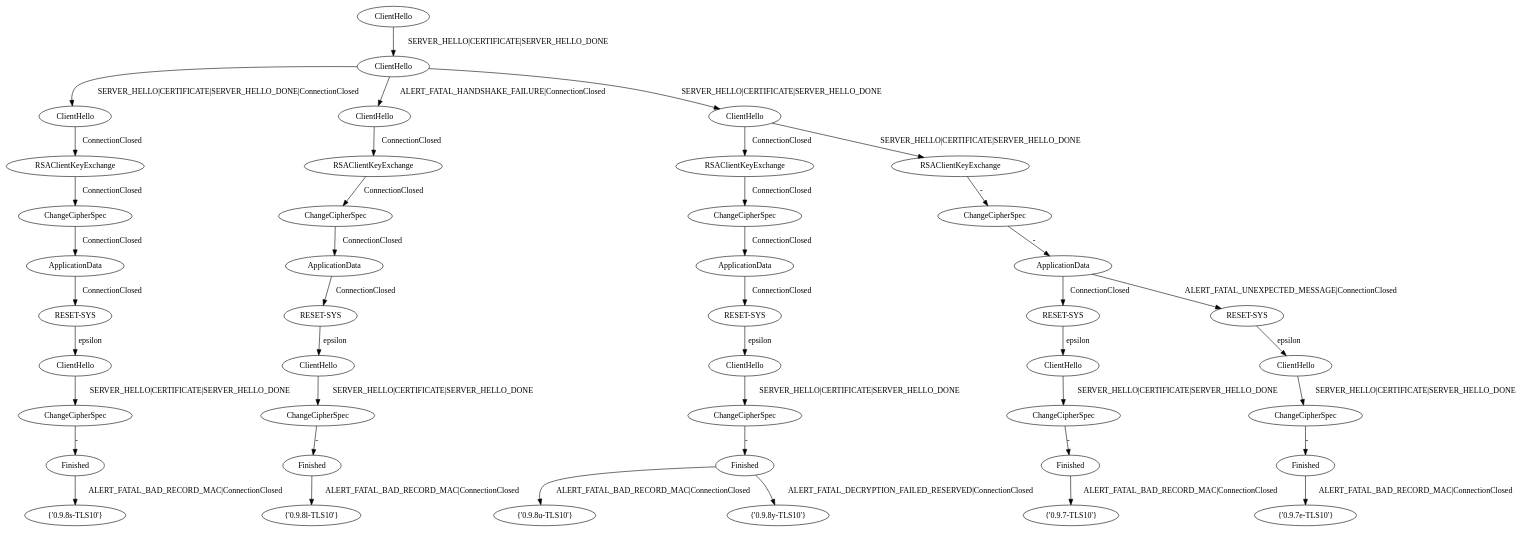
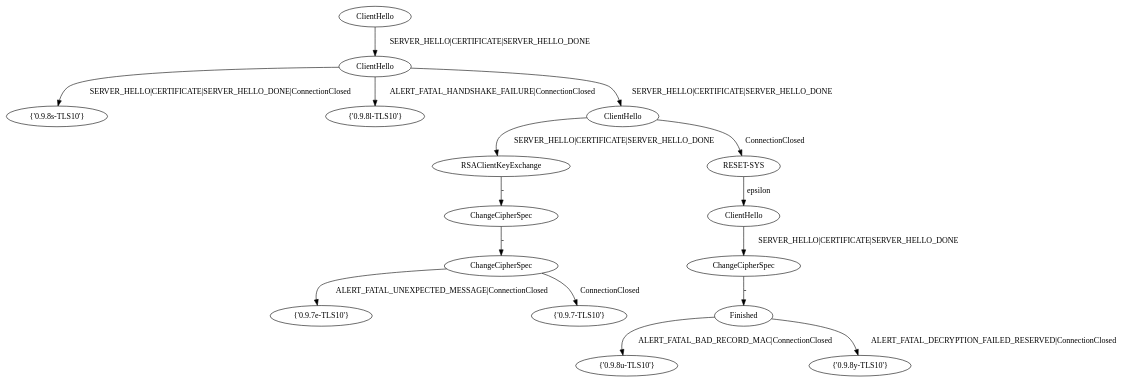
The diagram in family-fingerprinter/CDS.dot (GianniM123/FFSM_fingerprint), drawn with Graphviz before and after one commit. The commit also changed 9 other files, not shown here.

```diff
--- a/family-fingerprinter/CDS.dot
+++ b/family-fingerprinter/CDS.dot
@@ -1,130 +1,49 @@
 digraph "" {
 	node [label="\N"];
-	a	[label=ClientHello];
 	a0	[label=ClientHello];
-	a -> a0	[key=0,
-		label="SERVER_HELLO|CERTIFICATE|SERVER_HELLO_DONE"];
 	a1	[label=ClientHello];
 	a0 -> a1	[key=0,
+		label="SERVER_HELLO|CERTIFICATE|SERVER_HELLO_DONE"];
+	a2	[label="{'0.9.8s-TLS10'}"];
+	a1 -> a2	[key=0,
 		label="SERVER_HELLO|CERTIFICATE|SERVER_HELLO_DONE|ConnectionClosed"];
-	a10	[label=ClientHello];
-	a0 -> a10	[key=0,
+	a3	[label="{'0.9.8l-TLS10'}"];
+	a1 -> a3	[key=0,
 		label="ALERT_FATAL_HANDSHAKE_FAILURE|ConnectionClosed"];
-	a19	[label=ClientHello];
-	a0 -> a19	[key=0,
+	a11	[label=ClientHello];
+	a1 -> a11	[key=0,
 		label="SERVER_HELLO|CERTIFICATE|SERVER_HELLO_DONE"];
-	a2	[label=RSAClientKeyExchange];
-	a1 -> a2	[key=0,
+	a48	[label=RSAClientKeyExchange];
+	a11 -> a48	[key=0,
+		label="SERVER_HELLO|CERTIFICATE|SERVER_HELLO_DONE"];
+	a73	[label="RESET-SYS"];
+	a11 -> a73	[key=0,
 		label=ConnectionClosed];
-	a3	[label=ChangeCipherSpec];
-	a2 -> a3	[key=0,
+	a49	[label=ChangeCipherSpec];
+	a48 -> a49	[key=0,
+		label="-"];
+	a50	[label=ChangeCipherSpec];
+	a49 -> a50	[key=0,
+		label="-"];
+	a55	[label="{'0.9.7e-TLS10'}"];
+	a50 -> a55	[key=0,
+		label="ALERT_FATAL_UNEXPECTED_MESSAGE|ConnectionClosed"];
+	a56	[label="{'0.9.7-TLS10'}"];
+	a50 -> a56	[key=0,
 		label=ConnectionClosed];
-	a4	[label=ApplicationData];
-	a3 -> a4	[key=0,
-		label=ConnectionClosed];
-	a5	[label="RESET-SYS"];
-	a4 -> a5	[key=0,
-		label=ConnectionClosed];
-	a6	[label=ClientHello];
-	a5 -> a6	[key=0,
+	a74	[label=ClientHello];
+	a73 -> a74	[key=0,
 		label=epsilon];
-	a7	[label=ChangeCipherSpec];
-	a6 -> a7	[key=0,
+	a75	[label=ChangeCipherSpec];
+	a74 -> a75	[key=0,
 		label="SERVER_HELLO|CERTIFICATE|SERVER_HELLO_DONE"];
-	a8	[label=Finished];
-	a7 -> a8	[key=0,
+	a76	[label=Finished];
+	a75 -> a76	[key=0,
 		label="-"];
-	a9	[label="{'0.9.8s-TLS10'}"];
-	a8 -> a9	[key=0,
+	a77	[label="{'0.9.8u-TLS10'}"];
+	a76 -> a77	[key=0,
 		label="ALERT_FATAL_BAD_RECORD_MAC|ConnectionClosed"];
-	a11	[label=RSAClientKeyExchange];
-	a10 -> a11	[key=0,
-		label=ConnectionClosed];
-	a12	[label=ChangeCipherSpec];
-	a11 -> a12	[key=0,
-		label=ConnectionClosed];
-	a13	[label=ApplicationData];
-	a12 -> a13	[key=0,
-		label=ConnectionClosed];
-	a14	[label="RESET-SYS"];
-	a13 -> a14	[key=0,
-		label=ConnectionClosed];
-	a15	[label=ClientHello];
-	a14 -> a15	[key=0,
-		label=epsilon];
-	a16	[label=ChangeCipherSpec];
-	a15 -> a16	[key=0,
-		label="SERVER_HELLO|CERTIFICATE|SERVER_HELLO_DONE"];
-	a17	[label=Finished];
-	a16 -> a17	[key=0,
-		label="-"];
-	a18	[label="{'0.9.8l-TLS10'}"];
-	a17 -> a18	[key=0,
-		label="ALERT_FATAL_BAD_RECORD_MAC|ConnectionClosed"];
-	a20	[label=RSAClientKeyExchange];
-	a19 -> a20	[key=0,
-		label=ConnectionClosed];
-	a28	[label=RSAClientKeyExchange];
-	a19 -> a28	[key=0,
-		label="SERVER_HELLO|CERTIFICATE|SERVER_HELLO_DONE"];
-	a21	[label=ChangeCipherSpec];
-	a20 -> a21	[key=0,
-		label=ConnectionClosed];
-	a22	[label=ApplicationData];
-	a21 -> a22	[key=0,
-		label=ConnectionClosed];
-	a23	[label="RESET-SYS"];
-	a22 -> a23	[key=0,
-		label=ConnectionClosed];
-	a24	[label=ClientHello];
-	a23 -> a24	[key=0,
-		label=epsilon];
-	a25	[label=ChangeCipherSpec];
-	a24 -> a25	[key=0,
-		label="SERVER_HELLO|CERTIFICATE|SERVER_HELLO_DONE"];
-	a26	[label=Finished];
-	a25 -> a26	[key=0,
-		label="-"];
-	a27	[label="{'0.9.8u-TLS10'}"];
-	a26 -> a27	[key=0,
-		label="ALERT_FATAL_BAD_RECORD_MAC|ConnectionClosed"];
-	a41	[label="{'0.9.8y-TLS10'}"];
-	a26 -> a41	[key=0,
+	a78	[label="{'0.9.8y-TLS10'}"];
+	a76 -> a78	[key=0,
 		label="ALERT_FATAL_DECRYPTION_FAILED_RESERVED|ConnectionClosed"];
-	a29	[label=ChangeCipherSpec];
-	a28 -> a29	[key=0,
-		label="-"];
-	a30	[label=ApplicationData];
-	a29 -> a30	[key=0,
-		label="-"];
-	a31	[label="RESET-SYS"];
-	a30 -> a31	[key=0,
-		label=ConnectionClosed];
-	a36	[label="RESET-SYS"];
-	a30 -> a36	[key=0,
-		label="ALERT_FATAL_UNEXPECTED_MESSAGE|ConnectionClosed"];
-	a32	[label=ClientHello];
-	a31 -> a32	[key=0,
-		label=epsilon];
-	a33	[label=ChangeCipherSpec];
-	a32 -> a33	[key=0,
-		label="SERVER_HELLO|CERTIFICATE|SERVER_HELLO_DONE"];
-	a34	[label=Finished];
-	a33 -> a34	[key=0,
-		label="-"];
-	a35	[label="{'0.9.7-TLS10'}"];
-	a34 -> a35	[key=0,
-		label="ALERT_FATAL_BAD_RECORD_MAC|ConnectionClosed"];
-	a37	[label=ClientHello];
-	a36 -> a37	[key=0,
-		label=epsilon];
-	a38	[label=ChangeCipherSpec];
-	a37 -> a38	[key=0,
-		label="SERVER_HELLO|CERTIFICATE|SERVER_HELLO_DONE"];
-	a39	[label=Finished];
-	a38 -> a39	[key=0,
-		label="-"];
-	a40	[label="{'0.9.7e-TLS10'}"];
-	a39 -> a40	[key=0,
-		label="ALERT_FATAL_BAD_RECORD_MAC|ConnectionClosed"];
 }
```
